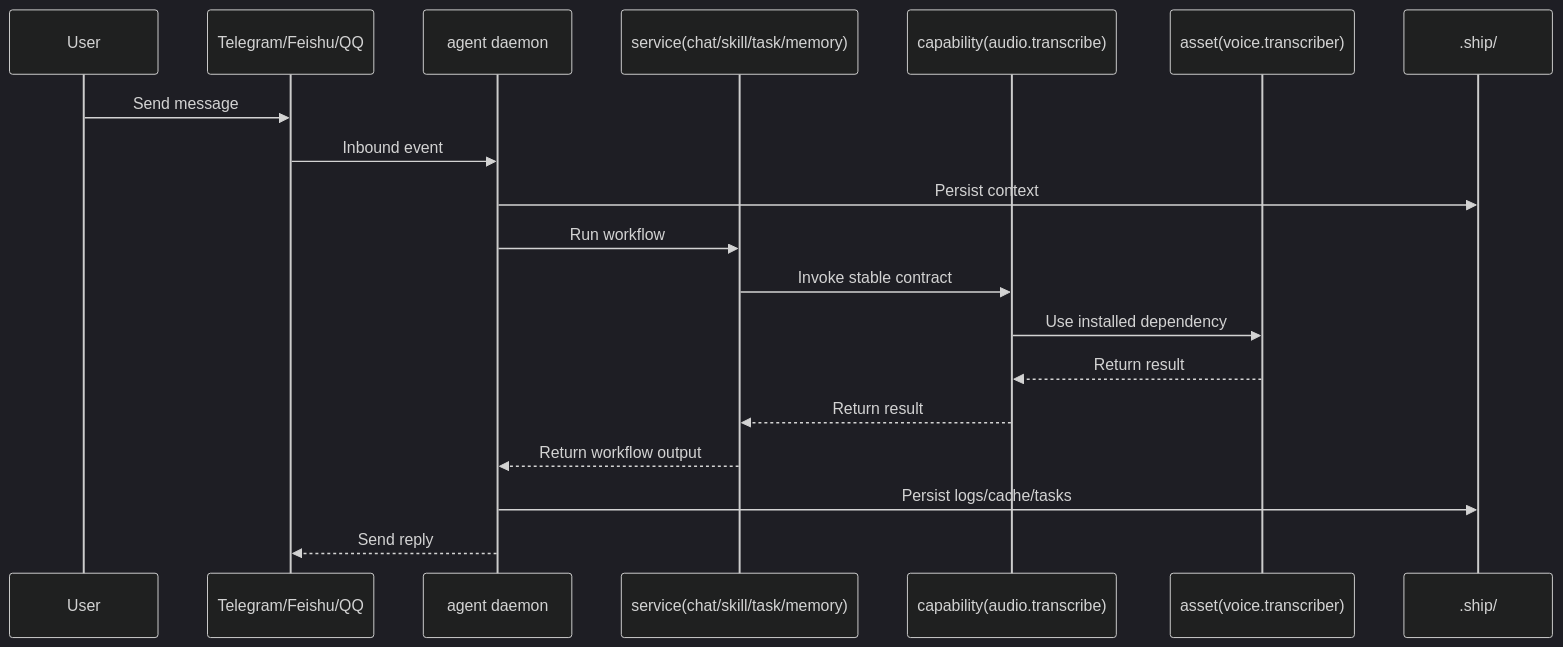
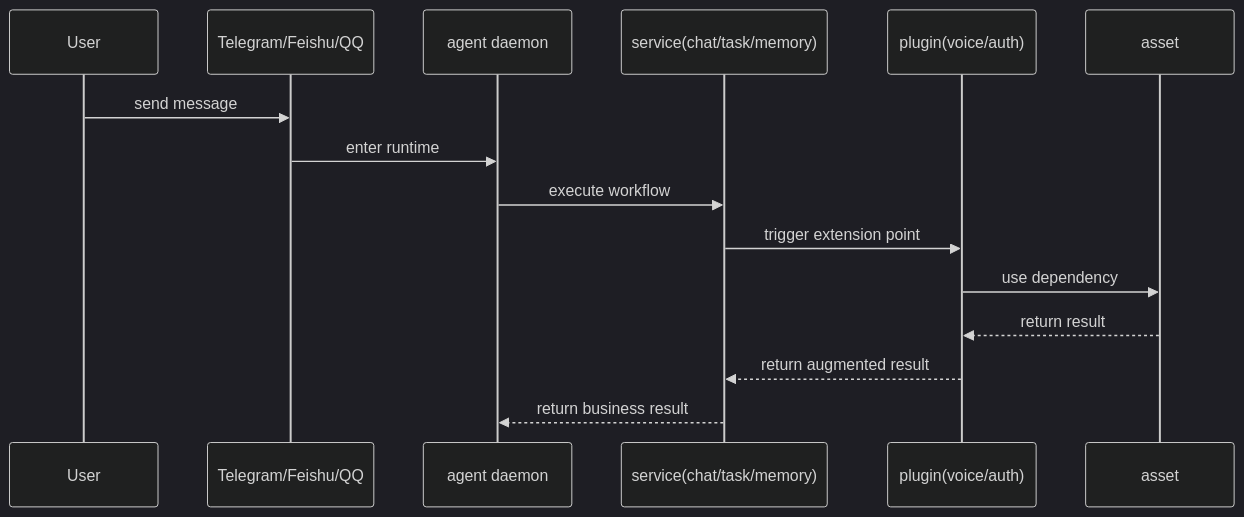
Before and after one commit to wangenius/downcity: the second of 2 diagrams in homepage/content/docs/en/concepts/logic-map.mdx, drawn with Mermaid (dark theme). The commit also changed other lines of this file and 168 other files, not shown here.

````diff
--- a/homepage/content/docs/en/concepts/logic-map.mdx
+++ b/homepage/content/docs/en/concepts/logic-map.mdx
@@ -47,22 +42,18 @@
 ```mermaid
 sequenceDiagram
   participant User as User
   participant Channel as Telegram/Feishu/QQ
   participant Agent as agent daemon
-  participant Service as service(chat/skill/task/memory)
-  participant Capability as capability(audio.transcribe)
-  participant Asset as asset(voice.transcriber)
-  participant Disk as .ship/
+  participant Service as service(chat/task/memory)
+  participant Plugin as plugin(voice/auth)
+  participant Asset as asset
 
-  User->>Channel: Send message
-  Channel->>Agent: Inbound event
-  Agent->>Disk: Persist context
-  Agent->>Service: Run workflow
-  Service->>Capability: Invoke stable contract
-  Capability->>Asset: Use installed dependency
-  Asset-->>Capability: Return result
-  Capability-->>Service: Return result
-  Service-->>Agent: Return workflow output
-  Agent->>Disk: Persist logs/cache/tasks
-  Agent-->>Channel: Send reply
+  User->>Channel: send message
+  Channel->>Agent: enter runtime
+  Agent->>Service: execute workflow
+  Service->>Plugin: trigger extension point
+  Plugin->>Asset: use dependency
+  Asset-->>Plugin: return result
+  Plugin-->>Service: return augmented result
+  Service-->>Agent: return business result
 ```
````
